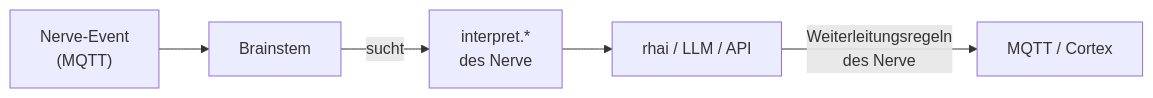
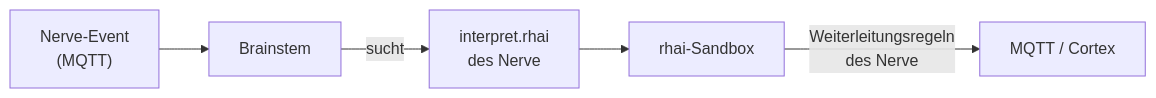
The seventh of 7 diagrams in docs/ARCHITECTURE.md (Superheld/aiux), drawn with Mermaid before and after one commit. The commit also changed other lines of this file and 15 other files, not shown here.

````diff
--- a/docs/ARCHITECTURE.md
+++ b/docs/ARCHITECTURE.md
@@ -204,7 +259,7 @@
 ```mermaid
 flowchart LR
   MQTT["Nerve-Event\n(MQTT)"] --> BS["Brainstem"]
-  BS -->|"sucht"| I["interpret.*\ndes Nerve"]
-  I --> R["rhai / LLM / API"]
+  BS -->|"sucht"| I["interpret.rhai\ndes Nerve"]
+  I --> R["rhai-Sandbox"]
   R -->|"Weiterleitungsregeln\ndes Nerve"| Out["MQTT / Cortex"]
 ```
````
